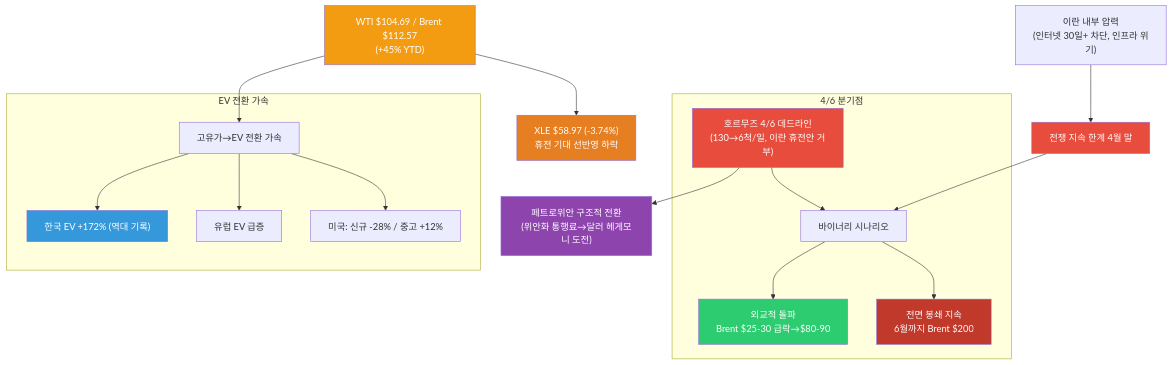
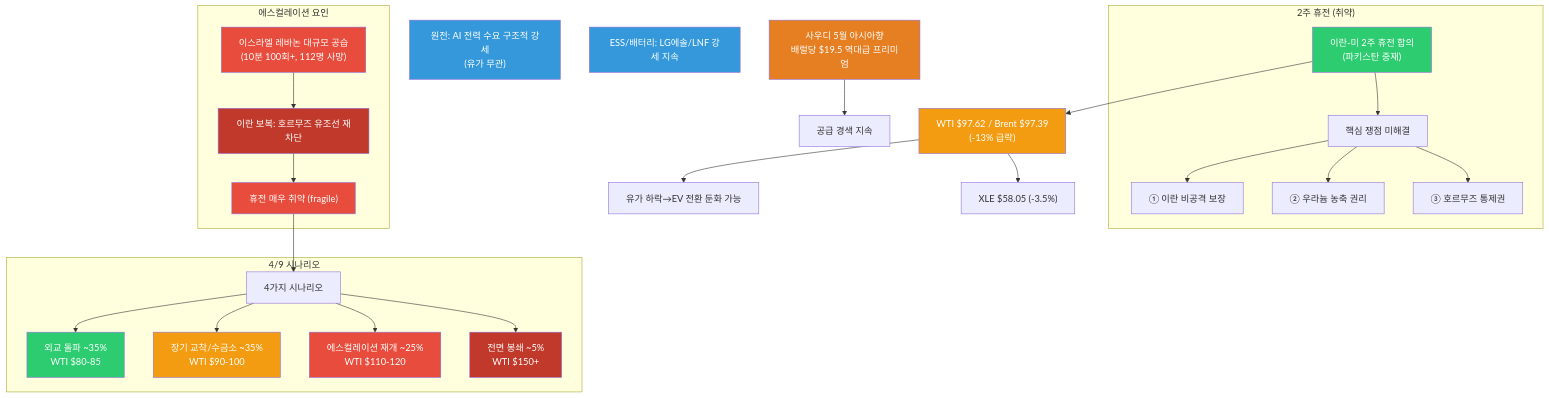
The first of 11 diagrams in _posts/knowledge/invest/2026-03-07-energy-sector-outlook-2026.md (dss99911/dss99911.github.io), drawn with Mermaid before and after one commit. The commit also changed other lines of this file and 2 other files, not shown here.

````diff
--- a/_posts/knowledge/invest/2026-03-07-energy-sector-outlook-2026.md
+++ b/_posts/knowledge/invest/2026-03-07-energy-sector-outlook-2026.md
@@ -44,41 +48,59 @@
 ```mermaid
 graph TD
-    A["호르무즈 4/6 데드라인<br/>#40;130→6척/일, 이란 휴전안 거부#41;"] --> B["바이너리 시나리오"]
-    B --> C["외교적 돌파<br/>Brent $25-30 급락→$80-90"]
-    B --> D["전면 봉쇄 지속<br/>6월까지 Brent $200"]
+    A["이란-미 2주 휴전 합의<br/>#40;파키스탄 중재#41;"] --> B["WTI $97.62 / Brent $97.39<br/>#40;-13% 급락#41;"]
+    A --> C["핵심 쟁점 미해결"]
+    C --> C1["① 이란 비공격 보장"]
+    C --> C2["② 우라늄 농축 권리"]
+    C --> C3["③ 호르무즈 통제권"]
 
-    E["WTI $104.69 / Brent $112.57<br/>#40;+45% YTD#41;"] --> F["XLE $58.97 #40;-3.74%#41;<br/>휴전 기대 선반영 하락"]
+    D["이스라엘 레바논 대규모 공습<br/>#40;10분 100회+, 112명 사망#41;"] --> E["이란 보복: 호르무즈 유조선 재차단"]
+    E --> F["휴전 매우 취약 #40;fragile#41;"]
+    F --> G["4가지 시나리오"]
+    G --> G1["외교 돌파 ~35%<br/>WTI $80-85"]
+    G --> G2["장기 교착/수금소 ~35%<br/>WTI $90-100"]
+    G --> G3["에스컬레이션 재개 ~25%<br/>WTI $110-120"]
+    G --> G4["전면 봉쇄 ~5%<br/>WTI $150+"]
 
-    G["이란 내부 압력<br/>#40;인터넷 30일+ 차단, 인프라 위기#41;"] --> H["전쟁 지속 한계 4월 말"]
-    H --> B
+    H["사우디 5월 아시아향<br/>배럴당 $19.5 역대급 프리미엄"] --> I["공급 경색 지속"]
 
-    E --> I["고유가→EV 전환 가속"]
-    I --> J["한국 EV +172% #40;역대 기록#41;"]
-    I --> K["유럽 EV 급증"]
-    I --> L["미국: 신규 -28% / 중고 +12%"]
+    B --> J["유가 하락→EV 전환 둔화 가능"]
+    B --> K["XLE $58.05 #40;-3.5%#41;"]
 
-    A --> M["페트로위안 구조적 전환<br/>#40;위안화 통행료→달러 헤게모니 도전#41;"]
+    L["원전: AI 전력 수요 구조적 강세<br/>#40;유가 무관#41;"]
+    M["ESS/배터리: LG에솔/LNF 강세 지속"]
 
-    subgraph deadline["4/6 분기점"]
+    subgraph ceasefire["2주 휴전 #40;취약#41;"]
         A
-        B
         C
-        D
+        C1
+        C2
+        C3
     end
 
-    subgraph ev["EV 전환 가속"]
-        I
-        J
-        K
-        L
+    subgraph escalation["에스컬레이션 요인"]
+        D
+        E
+        F
     end
 
-    style A fill:#e74c3c,color:#fff
-    style D fill:#c0392b,color:#fff
-    style C fill:#2ecc71,color:#fff
-    style E fill:#f39c12,color:#fff
-    style F fill:#e67e22,color:#fff
-    style H fill:#e74c3c,color:#fff
-    style M fill:#8e44ad,color:#fff
-    style J fill:#3498db,color:#fff
+    subgraph scenarios["4/9 시나리오"]
+        G
+        G1
+        G2
+        G3
+        G4
+    end
+
+    style A fill:#2ecc71,color:#fff
+    style D fill:#e74c3c,color:#fff
+    style E fill:#c0392b,color:#fff
+    style F fill:#e74c3c,color:#fff
+    style B fill:#f39c12,color:#fff
+    style H fill:#e67e22,color:#fff
+    style G3 fill:#e74c3c,color:#fff
+    style G4 fill:#c0392b,color:#fff
+    style G1 fill:#2ecc71,color:#fff
+    style G2 fill:#f39c12,color:#fff
+    style L fill:#3498db,color:#fff
+    style M fill:#3498db,color:#fff
 ```
````
